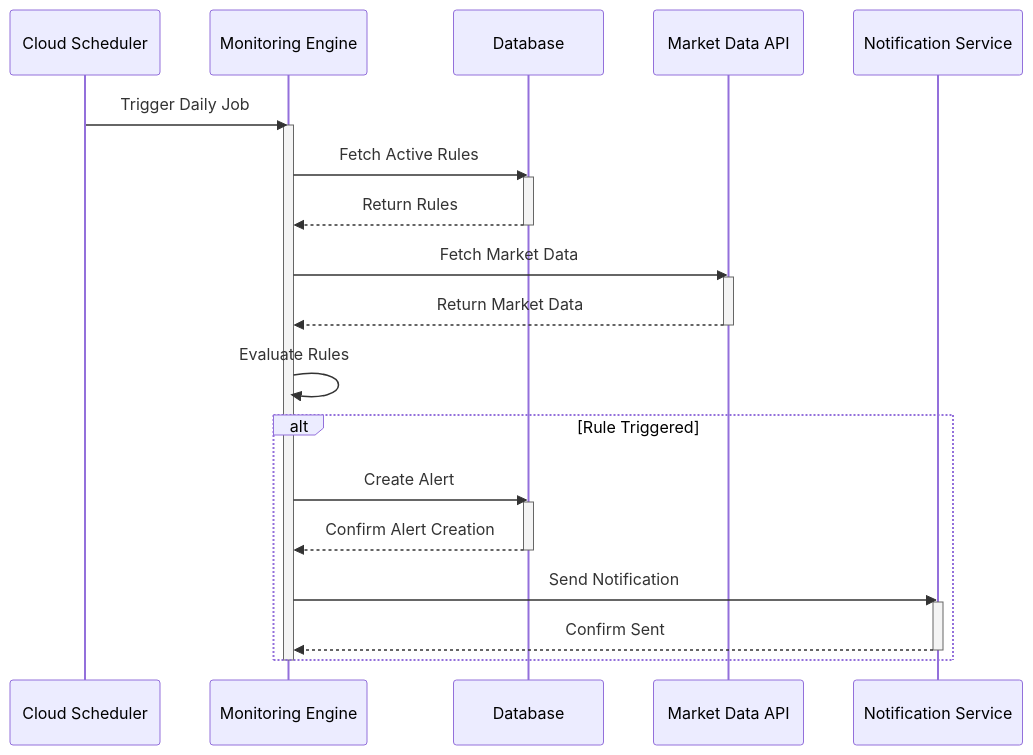
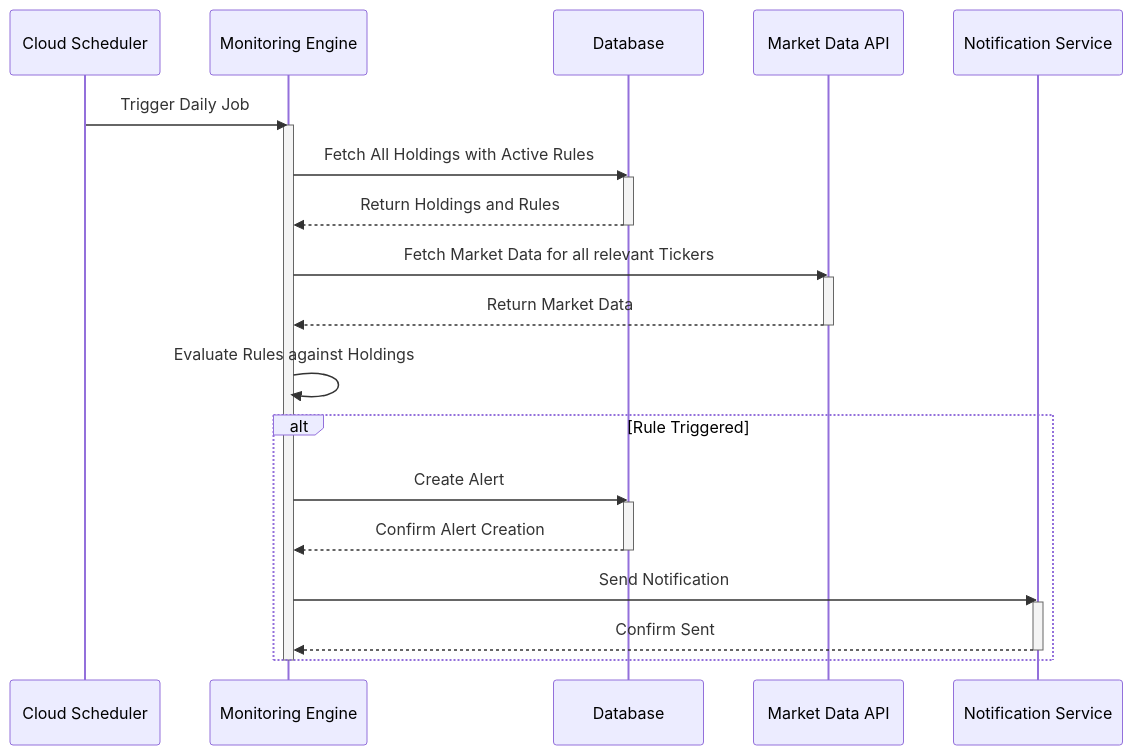
Diagram 11 of 16 in product_spec.md (enzhao/Sentinel), drawn with Mermaid before and after one commit. The commit also changed other lines of this file, not shown here.

First line of the commit message:
docs(spec): align strategy rules with holdings

````diff
--- a/product_spec.md
+++ b/product_spec.md
@@ -886,30 +887,30 @@
 ```mermaid
 sequenceDiagram
     participant Scheduler as Cloud Scheduler
     participant Engine as Monitoring Engine
     participant DB as Database
     participant API as Market Data API
     participant Notify as Notification Service
     Scheduler->>Engine: Trigger Daily Job
     activate Engine
-    Engine->>DB: Fetch Active Rules
+    Engine->>DB: Fetch All Holdings with Active Rules
     activate DB
-    DB-->>Engine: Return Rules
+    DB-->>Engine: Return Holdings and Rules
     deactivate DB
-    Engine->>API: Fetch Market Data
+    Engine->>API: Fetch Market Data for all relevant Tickers
     activate API
     API-->>Engine: Return Market Data
     deactivate API
-    Engine->>Engine: Evaluate Rules
+    Engine->>Engine: Evaluate Rules against Holdings
     alt Rule Triggered
         Engine->>DB: Create Alert
         activate DB
         DB-->>Engine: Confirm Alert Creation
         deactivate DB
         Engine->>Notify: Send Notification
         activate Notify
         Notify-->>Engine: Confirm Sent
         deactivate Notify
     end
     deactivate Engine
 ```
````
